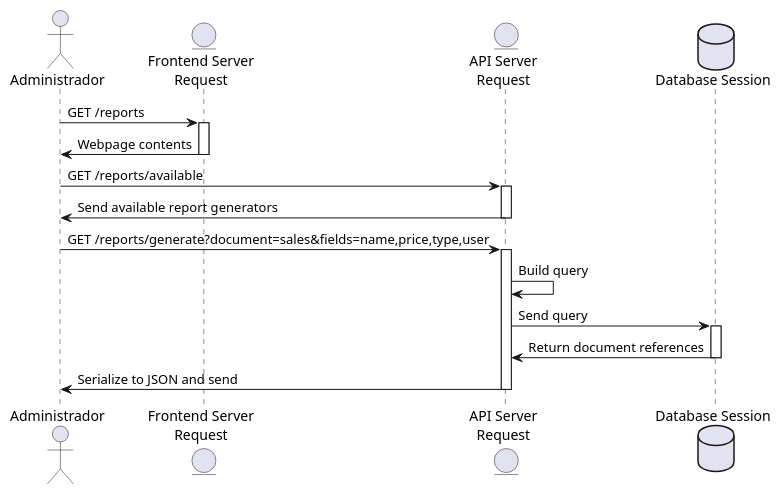
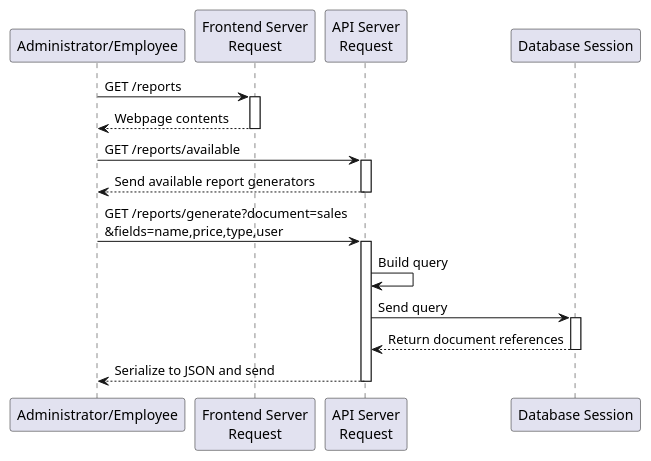
One commit to wuiquique/mycelium-local changed the diagram in uml/requirements/L014.wsd. Above: the diagram before and after it, drawn with PlantUML. The commit also changed 13 other files, not shown here.

Commit message:
Fix sequence diagrams + convert some others

```diff
--- a/uml/requirements/L014.wsd
+++ b/uml/requirements/L014.wsd
@@ -1,26 +1,26 @@
 @startuml sequence1
 
-actor "Administrador" as user
-entity "Frontend Server\nRequest" as fe
-entity "API Server\nRequest" as api
-database "Database Session" as db
+participant "Administrator/Employee" as user
+participant "Frontend Server\nRequest" as fe
+participant "API Server\nRequest" as api
+participant "Database Session" as db
 
 user -> fe : GET /reports
 activate fe
-fe -> user : Webpage contents
+user <-- fe : Webpage contents
 deactivate fe
 user -> api : GET /reports/available
 activate api
-api -> user : Send available report generators
+user <-- api : Send available report generators
 deactivate api
-user -> api : GET /reports/generate?document=sales&fields=name,price,type,user
+user -> api : GET /reports/generate?document=sales\n&fields=name,price,type,user
 activate api
 api -> api : Build query
 api -> db : Send query
 activate db
-db -> api : Return document references
+api <-- db : Return document references
 deactivate db
-api -> user : Serialize to JSON and send
+user <-- api : Serialize to JSON and send
 deactivate api
 
 @enduml
```
